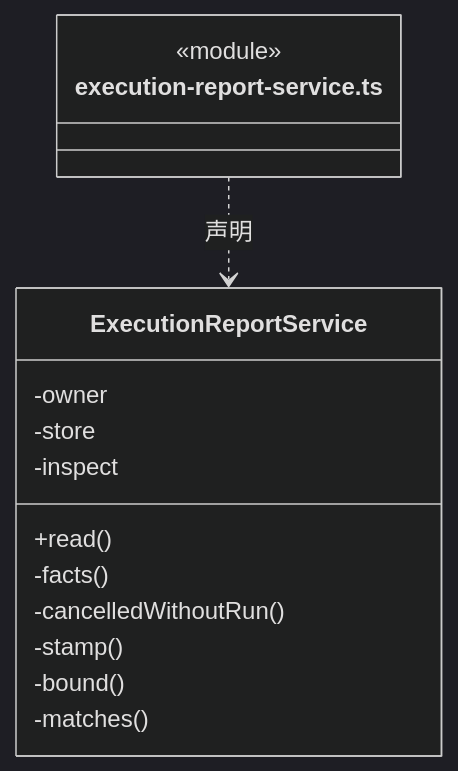
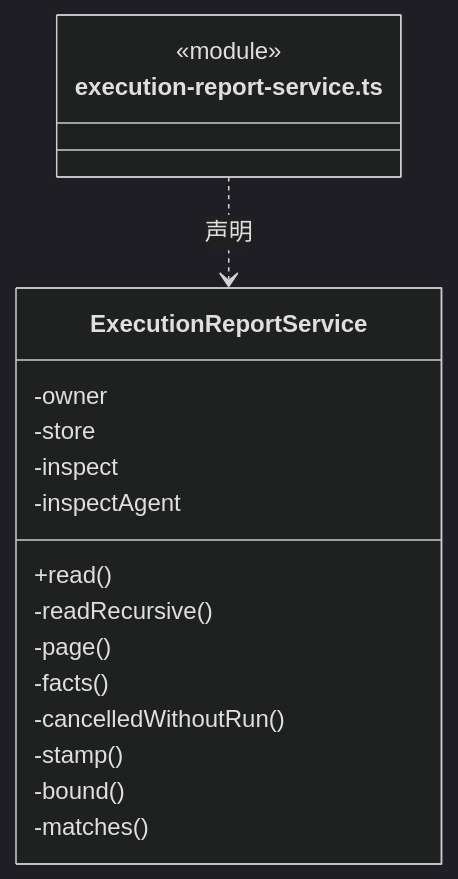
One commit to nan023062/cbim changed diagram 12 of 20 in src/logic/evidence/runtime/ARCHITECTURE.md. Above: the diagram before and after it, drawn with Mermaid (dark theme). The commit also changed other lines of this file and 22 other files, not shown here.

````diff
--- a/src/logic/evidence/runtime/ARCHITECTURE.md
+++ b/src/logic/evidence/runtime/ARCHITECTURE.md
@@ -266,18 +266,21 @@
 ```mermaid
 classDiagram
 class N_src_logic_evidence_runtime_execution_report_service_ts["execution-report-service.ts"] {
   <<module>>
 }
 class N_src_logic_evidence_runtime_execution_report_service_ts_ExecutionReportService["ExecutionReportService"] {
   +read()
   -owner
   -store
   -inspect
+  -inspectAgent
+  -readRecursive()
+  -page()
   -facts()
   -cancelledWithoutRun()
   -stamp()
   -bound()
   -matches()
 }
 N_src_logic_evidence_runtime_execution_report_service_ts ..> N_src_logic_evidence_runtime_execution_report_service_ts_ExecutionReportService : 声明
 ```
````
